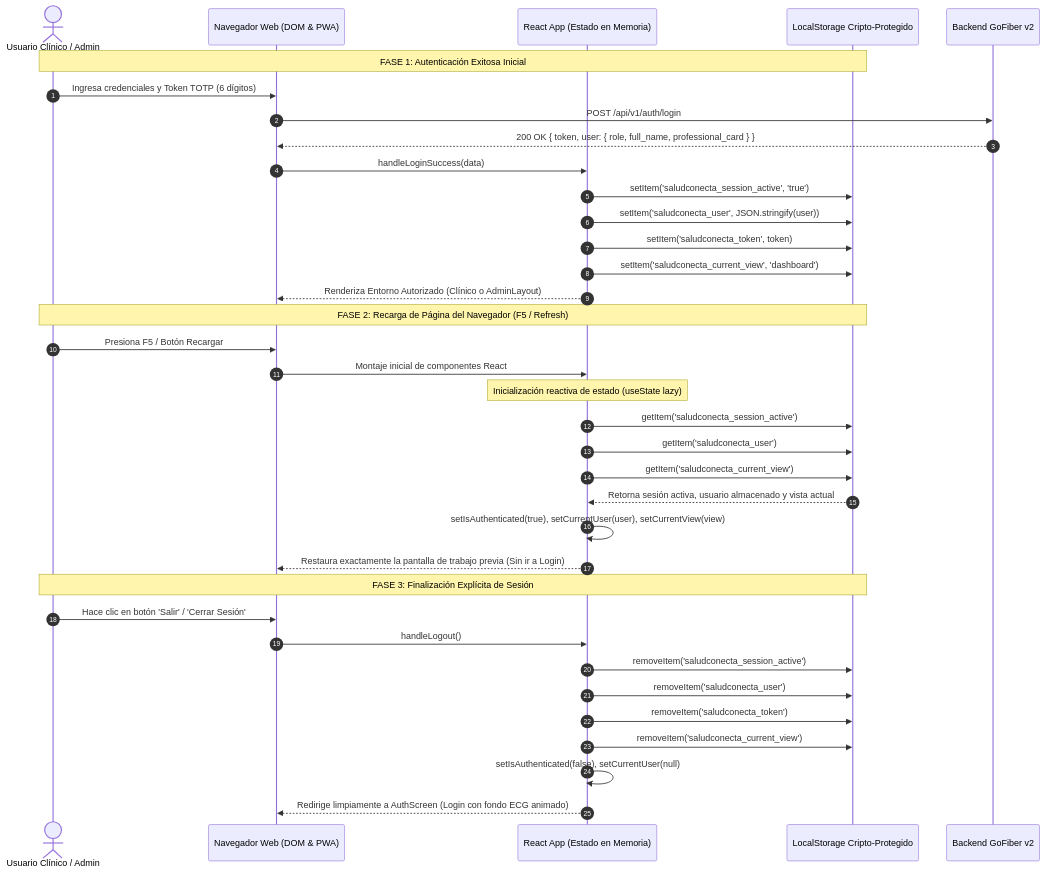
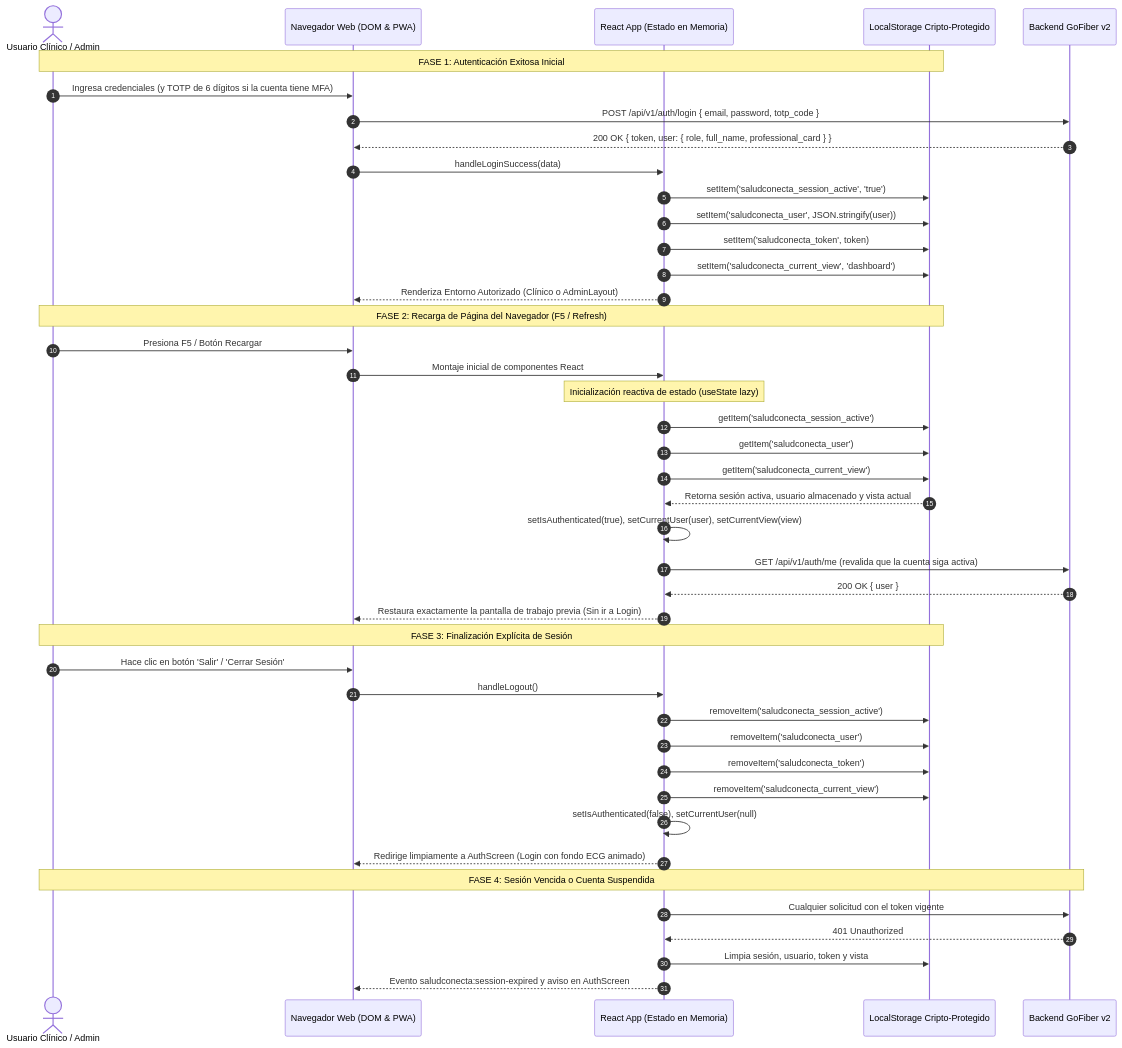
Before and after one commit to ThiagoVelez/Proyecto_felipe: the diagram in docs/diagrams/12_persistencia_sesion_f5.mmd, drawn with Mermaid. The commit also changed 39 other files, not shown here.

First line of the commit message:
docs: actualizar readme, documentos tecnicos y diagramas tras la auditoria de seguridad

```diff
--- a/docs/diagrams/12_persistencia_sesion_f5.mmd
+++ b/docs/diagrams/12_persistencia_sesion_f5.mmd
@@ -1,42 +1,51 @@
 sequenceDiagram
     autonumber
     actor User as Usuario Clínico / Admin
     participant Browser as Navegador Web (DOM & PWA)
     participant App as React App (Estado en Memoria)
     participant Storage as LocalStorage Cripto-Protegido
     participant API as Backend GoFiber v2
 
     %% Fase 1: Inicio de Sesion
     Note over User,Storage: FASE 1: Autenticación Exitosa Inicial
-    User->>Browser: Ingresa credenciales y Token TOTP (6 dígitos)
-    Browser->>API: POST /api/v1/auth/login
+    User->>Browser: Ingresa credenciales (y TOTP de 6 dígitos si la cuenta tiene MFA)
+    Browser->>API: POST /api/v1/auth/login { email, password, totp_code }
     API-->>Browser: 200 OK { token, user: { role, full_name, professional_card } }
     Browser->>App: handleLoginSuccess(data)
     App->>Storage: setItem('saludconecta_session_active', 'true')
     App->>Storage: setItem('saludconecta_user', JSON.stringify(user))
     App->>Storage: setItem('saludconecta_token', token)
     App->>Storage: setItem('saludconecta_current_view', 'dashboard')
     App-->>Browser: Renderiza Entorno Autorizado (Clínico o AdminLayout)
 
     %% Fase 2: Recarga de Pagina (F5)
     Note over User,Storage: FASE 2: Recarga de Página del Navegador (F5 / Refresh)
     User->>Browser: Presiona F5 / Botón Recargar
     Browser->>App: Montaje inicial de componentes React
     Note over App: Inicialización reactiva de estado (useState lazy)
     App->>Storage: getItem('saludconecta_session_active')
     App->>Storage: getItem('saludconecta_user')
     App->>Storage: getItem('saludconecta_current_view')
     Storage-->>App: Retorna sesión activa, usuario almacenado y vista actual
     App->>App: setIsAuthenticated(true), setCurrentUser(user), setCurrentView(view)
+    App->>API: GET /api/v1/auth/me (revalida que la cuenta siga activa)
+    API-->>App: 200 OK { user }
     App-->>Browser: Restaura exactamente la pantalla de trabajo previa (Sin ir a Login)
 
     %% Fase 3: Cierre de Sesion Seguro
     Note over User,Storage: FASE 3: Finalización Explícita de Sesión
     User->>Browser: Hace clic en botón 'Salir' / 'Cerrar Sesión'
     Browser->>App: handleLogout()
     App->>Storage: removeItem('saludconecta_session_active')
     App->>Storage: removeItem('saludconecta_user')
     App->>Storage: removeItem('saludconecta_token')
     App->>Storage: removeItem('saludconecta_current_view')
     App->>App: setIsAuthenticated(false), setCurrentUser(null)
     App-->>Browser: Redirige limpiamente a AuthScreen (Login con fondo ECG animado)
+
+    %% Fase 4: Revocacion por el servidor
+    Note over User,API: FASE 4: Sesión Vencida o Cuenta Suspendida
+    App->>API: Cualquier solicitud con el token vigente
+    API-->>App: 401 Unauthorized
+    App->>Storage: Limpia sesión, usuario, token y vista
+    App-->>Browser: Evento saludconecta:session-expired y aviso en AuthScreen
```
